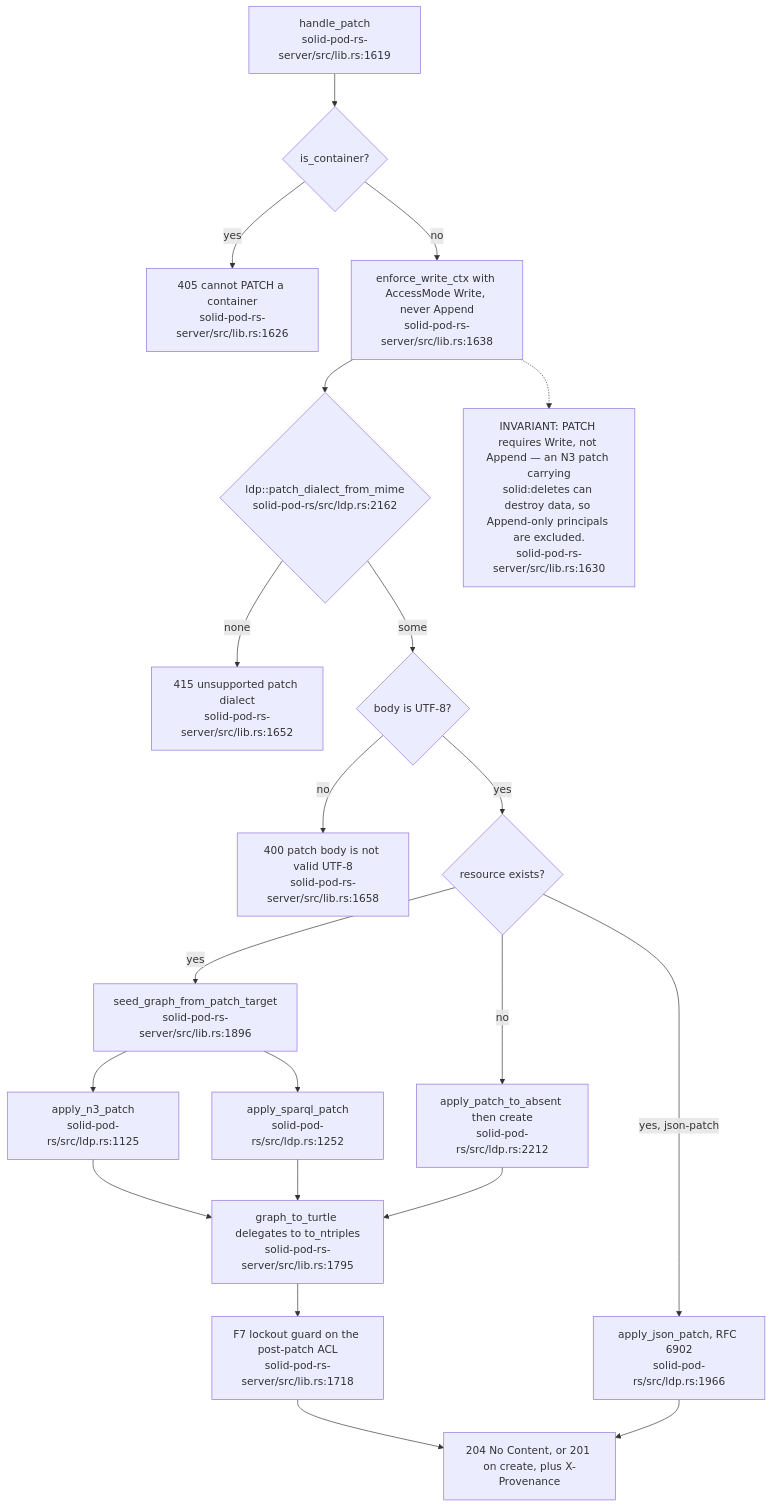
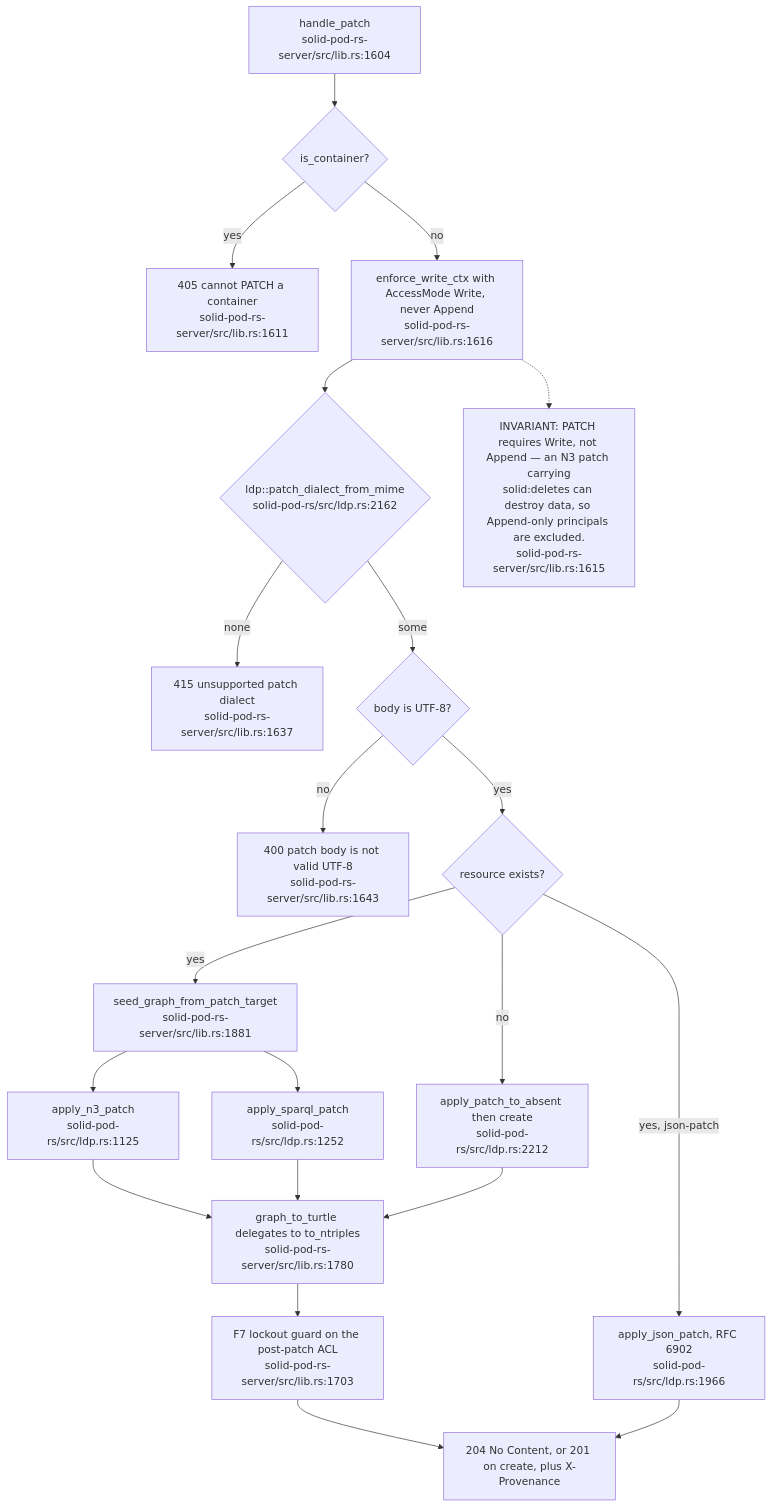
Before and after one commit to DreamLab-AI/VisionFlow: the fifth of 11 diagrams in docs/diagrams/solid-pod-rs/03-ldp-request-lifecycle.md, drawn with Mermaid. The commit also changed other lines of this file and 21 other files, not shown here.

Commit message:
docs(diagrams): refresh first verified estate batch

````diff
--- a/docs/diagrams/solid-pod-rs/03-ldp-request-lifecycle.md
+++ b/docs/diagrams/solid-pod-rs/03-ldp-request-lifecycle.md
@@ -148,41 +148,41 @@
 ```mermaid
 flowchart TD
-    IN["handle_patch<br/>solid-pod-rs-server/src/lib.rs:1619"]
+    IN["handle_patch<br/>solid-pod-rs-server/src/lib.rs:1604"]
     CONT{"is_container?"}
-    C405["405 cannot PATCH a container<br/>solid-pod-rs-server/src/lib.rs:1626"]
-    AUTH["enforce_write_ctx with AccessMode Write, never Append<br/>solid-pod-rs-server/src/lib.rs:1638"]
+    C405["405 cannot PATCH a container<br/>solid-pod-rs-server/src/lib.rs:1611"]
+    AUTH["enforce_write_ctx with AccessMode Write, never Append<br/>solid-pod-rs-server/src/lib.rs:1616"]
     DIAL{"ldp::patch_dialect_from_mime<br/>solid-pod-rs/src/ldp.rs:2162"}
-    U415["415 unsupported patch dialect<br/>solid-pod-rs-server/src/lib.rs:1652"]
+    U415["415 unsupported patch dialect<br/>solid-pod-rs-server/src/lib.rs:1637"]
     UTF{"body is UTF-8?"}
-    B400["400 patch body is not valid UTF-8<br/>solid-pod-rs-server/src/lib.rs:1658"]
+    B400["400 patch body is not valid UTF-8<br/>solid-pod-rs-server/src/lib.rs:1643"]
     EX{"resource exists?"}
-    SEED["seed_graph_from_patch_target<br/>solid-pod-rs-server/src/lib.rs:1896"]
+    SEED["seed_graph_from_patch_target<br/>solid-pod-rs-server/src/lib.rs:1881"]
     N3["apply_n3_patch<br/>solid-pod-rs/src/ldp.rs:1125"]
     SPQ["apply_sparql_patch<br/>solid-pod-rs/src/ldp.rs:1252"]
     JP["apply_json_patch, RFC 6902<br/>solid-pod-rs/src/ldp.rs:1966"]
     ABS["apply_patch_to_absent then create<br/>solid-pod-rs/src/ldp.rs:2212"]
-    SER["graph_to_turtle delegates to to_ntriples<br/>solid-pod-rs-server/src/lib.rs:1795"]
-    GUARD["F7 lockout guard on the post-patch ACL<br/>solid-pod-rs-server/src/lib.rs:1718"]
+    SER["graph_to_turtle delegates to to_ntriples<br/>solid-pod-rs-server/src/lib.rs:1780"]
+    GUARD["F7 lockout guard on the post-patch ACL<br/>solid-pod-rs-server/src/lib.rs:1703"]
     OUT["204 No Content, or 201 on create, plus X-Provenance"]
 
     IN --> CONT
     CONT -- yes --> C405
     CONT -- no --> AUTH --> DIAL
     DIAL -- none --> U415
     DIAL -- some --> UTF
     UTF -- no --> B400
     UTF -- yes --> EX
     EX -- yes --> SEED
     SEED --> N3
     SEED --> SPQ
     EX -- "yes, json-patch" --> JP
     EX -- no --> ABS
     N3 --> SER
     SPQ --> SER
     ABS --> SER
     SER --> GUARD --> OUT
     JP --> OUT
 
-    NN["INVARIANT: PATCH requires Write, not Append — an N3 patch carrying<br/>solid:deletes can destroy data, so Append-only principals are excluded.<br/>solid-pod-rs-server/src/lib.rs:1630"]
+    NN["INVARIANT: PATCH requires Write, not Append — an N3 patch carrying<br/>solid:deletes can destroy data, so Append-only principals are excluded.<br/>solid-pod-rs-server/src/lib.rs:1615"]
     AUTH -.-> NN
 ```
````
